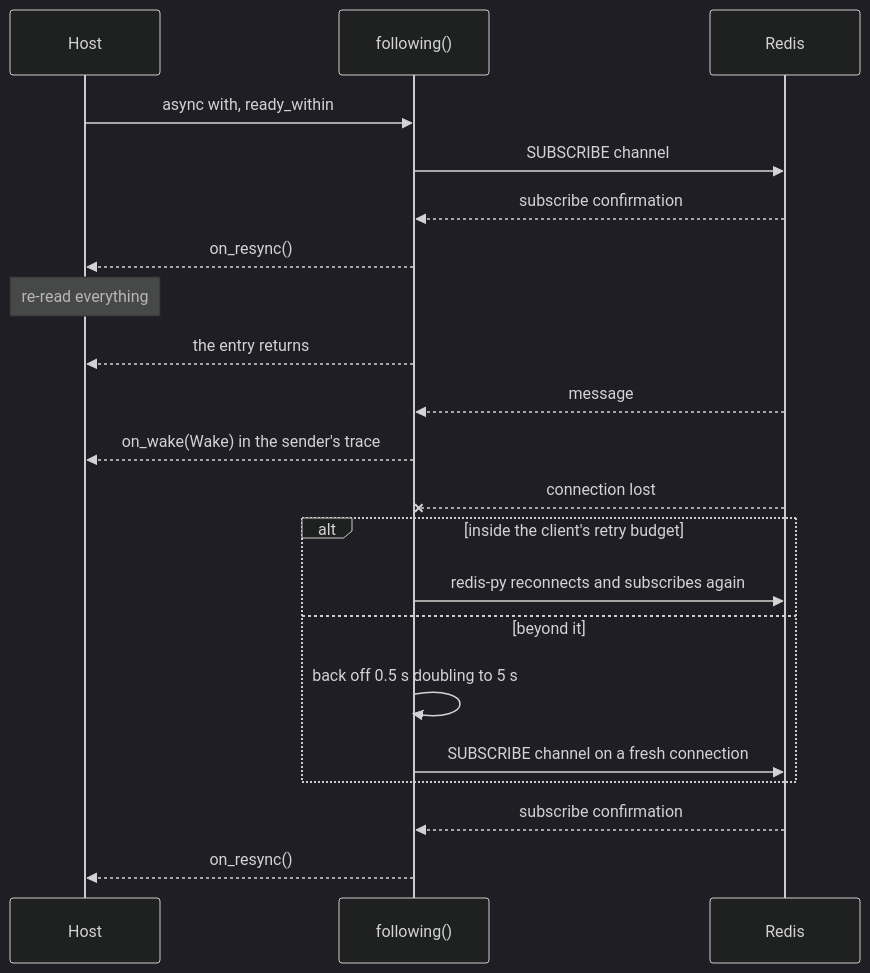
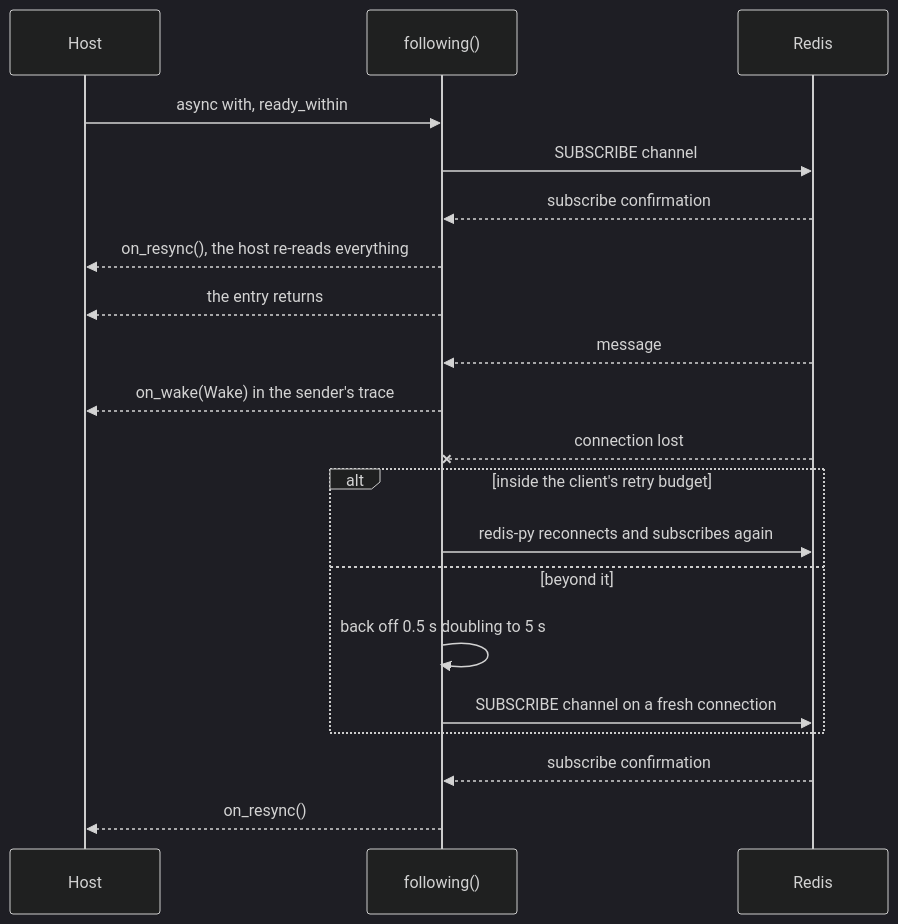
One commit to overnightworks/tandem changed the second of 5 diagrams in docs/ARCHITECTURE.md. Above: the diagram before and after it, drawn with Mermaid (dark theme). The commit also changed other lines of this file and 4 other files, not shown here.

````diff
--- a/docs/ARCHITECTURE.md
+++ b/docs/ARCHITECTURE.md
@@ -65,23 +48,22 @@
 ```mermaid
 sequenceDiagram
     participant H as Host
     participant W as following()
     participant R as Redis
     H->>W: async with, ready_within
     W->>R: SUBSCRIBE channel
     R-->>W: subscribe confirmation
-    W-->>H: on_resync()
-    Note over H: re-read everything
+    W-->>H: on_resync(), the host re-reads everything
     W-->>H: the entry returns
     R-->>W: message
     W-->>H: on_wake(Wake) in the sender's trace
     R--xW: connection lost
     alt inside the client's retry budget
         W->>R: redis-py reconnects and subscribes again
     else beyond it
         W->>W: back off 0.5 s doubling to 5 s
         W->>R: SUBSCRIBE channel on a fresh connection
     end
     R-->>W: subscribe confirmation
     W-->>H: on_resync()
 ```
````
